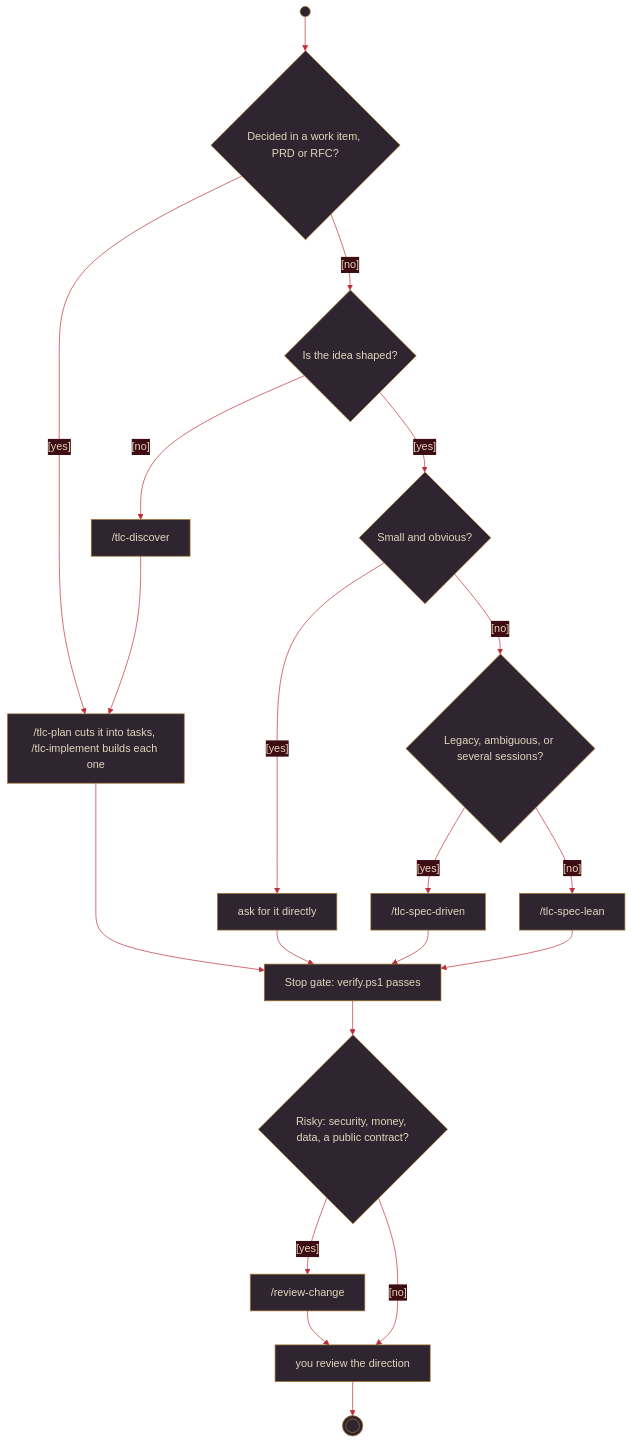
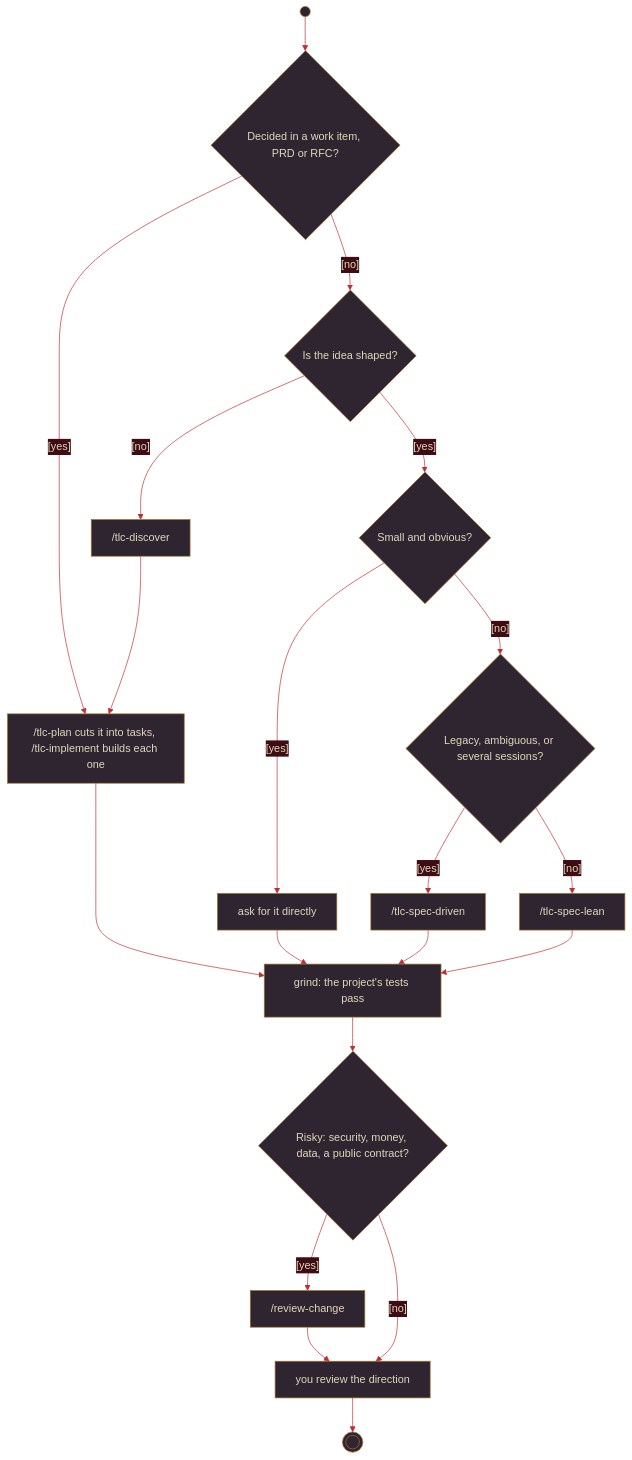
The second of 4 diagrams in README.md (AlfredoNeeto/tazuna), drawn with Mermaid before and after one commit. The commit also changed other lines of this file and 4 other files, not shown here.

````diff
--- a/README.md
+++ b/README.md
@@ -118,20 +125,20 @@
 ```mermaid
 %%{init: {'theme': 'base', 'themeVariables': {'primaryColor': '#2f2530', 'primaryTextColor': '#e2d6bb', 'primaryBorderColor': '#a5752a', 'lineColor': '#bd2e37', 'secondaryColor': '#7f1721', 'tertiaryColor': '#3a2215', 'edgeLabelBackground': '#3e0c13', 'fontFamily': 'Georgia, serif'}}}%%
 flowchart TD
     start(( )) --> decided{"Decided in a work item, PRD or RFC?"}
     decided -->|"[yes]"| plan["/tlc-plan cuts it into tasks, /tlc-implement builds each one"]
     decided -->|"[no]"| shaped{"Is the idea shaped?"}
     shaped -->|"[no]"| discover["/tlc-discover"]
     discover --> plan
     shaped -->|"[yes]"| small{"Small and obvious?"}
     small -->|"[yes]"| direct["ask for it directly"]
     small -->|"[no]"| legacy{"Legacy, ambiguous, or several sessions?"}
     legacy -->|"[yes]"| driven["/tlc-spec-driven"]
     legacy -->|"[no]"| lean["/tlc-spec-lean"]
-    direct & plan & driven & lean --> gate["Stop gate: verify.ps1 passes"]
+    direct & plan & driven & lean --> gate["grind: the project's tests pass"]
     gate --> risky{"Risky: security, money, data, a public contract?"}
     risky -->|"[yes]"| review["/review-change"]
     risky -->|"[no]"| human["you review the direction"]
     review --> human
     human --> finish((( )))
 ```
````
